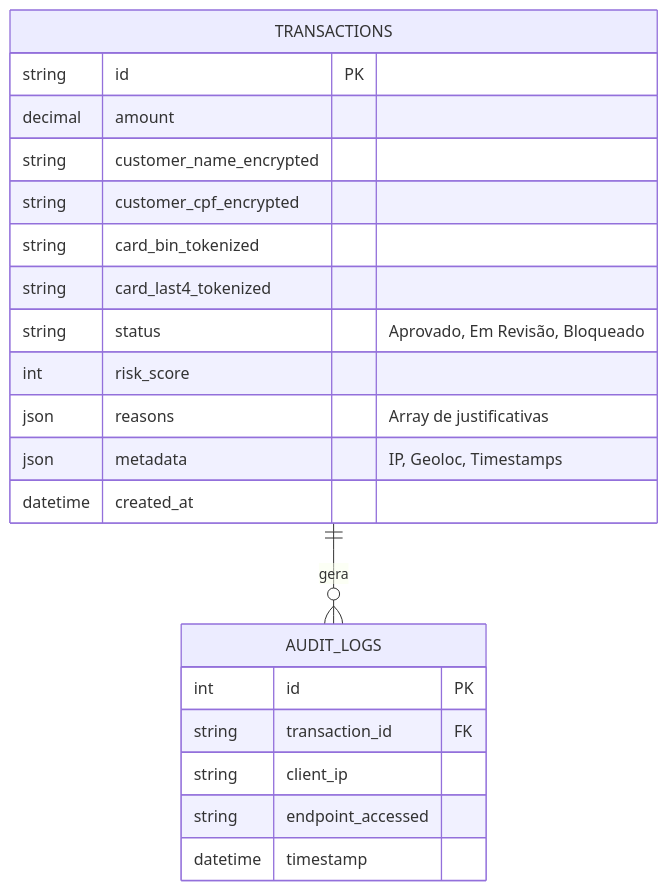
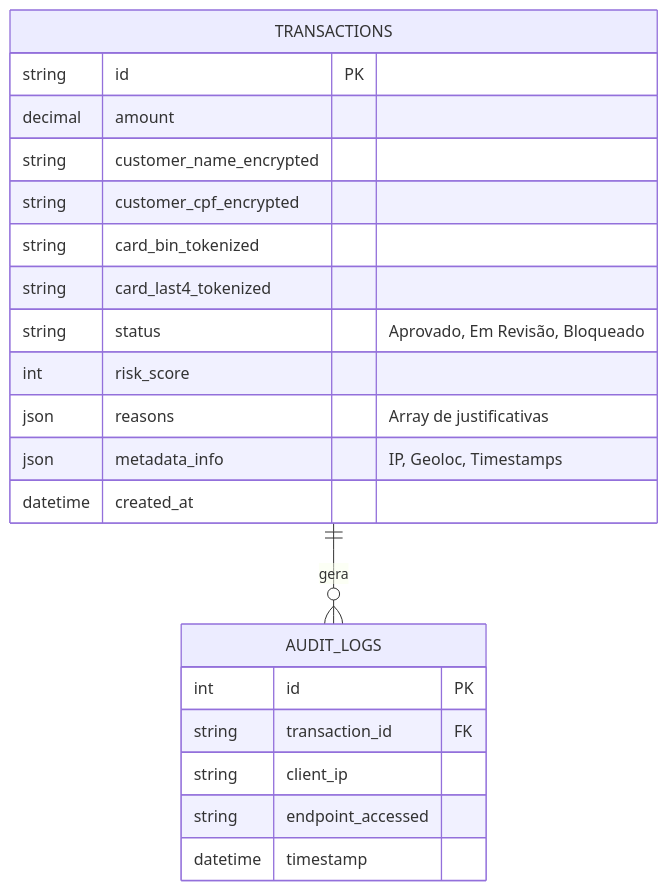
One commit to Xaxadox/AegisGate changed the diagram in docs/banco_de_dados/Modelagem_MER.md. Above: the diagram before and after it, drawn with Mermaid. The commit also changed other lines of this file and 9 other files, not shown here.

First line of the commit message:
fix(core): improve security, rate limiting, and schema robustness

````diff
--- a/docs/banco_de_dados/Modelagem_MER.md
+++ b/docs/banco_de_dados/Modelagem_MER.md
@@ -5,26 +5,26 @@
 ```mermaid
 erDiagram
     TRANSACTIONS {
         string id PK
         decimal amount
         string customer_name_encrypted
         string customer_cpf_encrypted
         string card_bin_tokenized
         string card_last4_tokenized
         string status "Aprovado, Em Revisão, Bloqueado"
         int risk_score
         json reasons "Array de justificativas"
-        json metadata "IP, Geoloc, Timestamps"
+        json metadata_info "IP, Geoloc, Timestamps"
         datetime created_at
     }
     
     AUDIT_LOGS {
         int id PK
         string transaction_id FK
         string client_ip
         string endpoint_accessed
         datetime timestamp
     }
 
     TRANSACTIONS ||--o{ AUDIT_LOGS : "gera"
 ```
````
